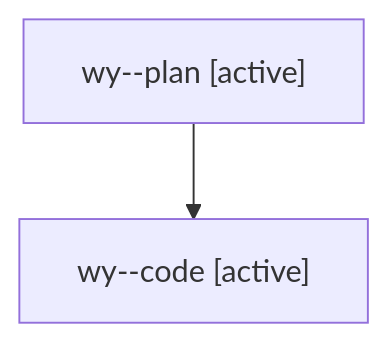
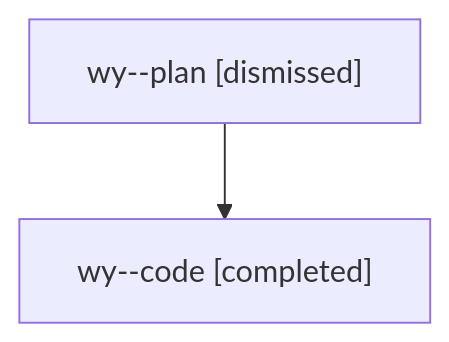
One commit to sase-org/sase--agents changed the diagram in families/bbugyi200.athena.wy.md. Above: the diagram before and after it, drawn with Mermaid. The commit also changed other lines of this file and 2170 other files, not shown here.

````diff
--- a/families/bbugyi200.athena.wy.md
+++ b/families/bbugyi200.athena.wy.md
@@ -9,6 +9,6 @@
 ```mermaid
 flowchart TD
-  n0["wy--plan [active]"]
-  n1["wy--code [active]"]
+  n0["wy--plan [dismissed]"]
+  n1["wy--code [completed]"]
   n0 --> n1
 ```
````
